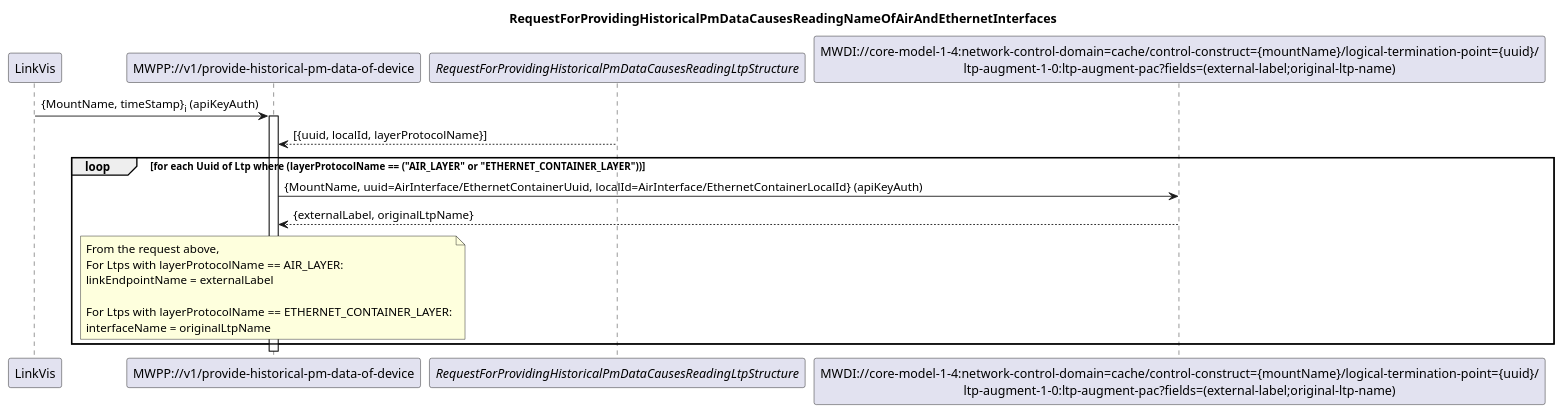
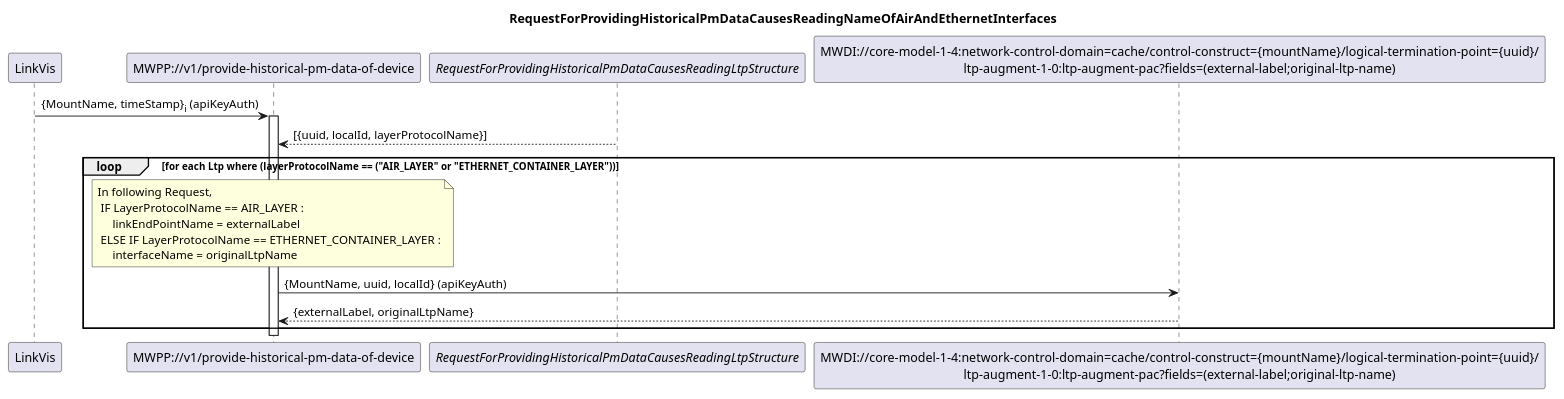
The diagram in spec/diagrams/001_ReadingNameOfAirAndEthernetInterfaces.plantuml (openBackhaul/MicroWavePerformanceProxy), drawn with PlantUML before and after one commit. The commit also changed 15 other files, not shown here.

Commit message:
Add improvements in diagrams

```diff
--- a/spec/diagrams/001_ReadingNameOfAirAndEthernetInterfaces.plantuml
+++ b/spec/diagrams/001_ReadingNameOfAirAndEthernetInterfaces.plantuml
@@ -1,32 +1,33 @@
 @startuml 001_ReadingNameOfAirAndEthernetInterfaces
 skinparam responseMessageBelowArrow true
 
 title
 RequestForProvidingHistoricalPmDataCausesReadingNameOfAirAndEthernetInterfaces
 end title
 
 participant "LinkVis" as LinkVis
 participant "MWPP://v1/provide-historical-pm-data-of-device" as MWPP
 participant "<i>RequestForProvidingHistoricalPmDataCausesReadingLtpStructure</i>" as LTPs
 participant "MWDI://core-model-1-4:network-control-domain=cache/control-construct={mountName}/logical-termination-point={uuid}/\nltp-augment-1-0:ltp-augment-pac?fields=(external-label;original-ltp-name)" as LtpDesignation
 
 LinkVis -> MWPP: {MountName, timeStamp}<sub>i</sub> (apiKeyAuth)
 activate MWPP
 LTPs --> MWPP: [{uuid, localId, layerProtocolName}]
 
-loop for each Uuid of Ltp where (layerProtocolName == ("AIR_LAYER" or "ETHERNET_CONTAINER_LAYER"))
+loop for each Ltp where (layerProtocolName == ("AIR_LAYER" or "ETHERNET_CONTAINER_LAYER"))
     
-    MWPP -> LtpDesignation:{MountName, uuid=AirInterface/EthernetContainerUuid, localId=AirInterface/EthernetContainerLocalId} (apiKeyAuth)
+   
+    note over MWPP
+    In following Request,
+	    IF LayerProtocolName == AIR_LAYER :
+	        linkEndPointName = externalLabel
+	    ELSE IF LayerProtocolName == ETHERNET_CONTAINER_LAYER :
+	        interfaceName = originalLtpName
+	end note
+
+    MWPP -> LtpDesignation:{MountName, uuid, localId} (apiKeyAuth)
     LtpDesignation --> MWPP: {externalLabel, originalLtpName}
 
-    note over MWPP
-    From the request above,
-    For Ltps with layerProtocolName == AIR_LAYER:
-    linkEndpointName = externalLabel
-
-    For Ltps with layerProtocolName == ETHERNET_CONTAINER_LAYER:
-    interfaceName = originalLtpName
-    end note
 end
 
 @enduml
```
